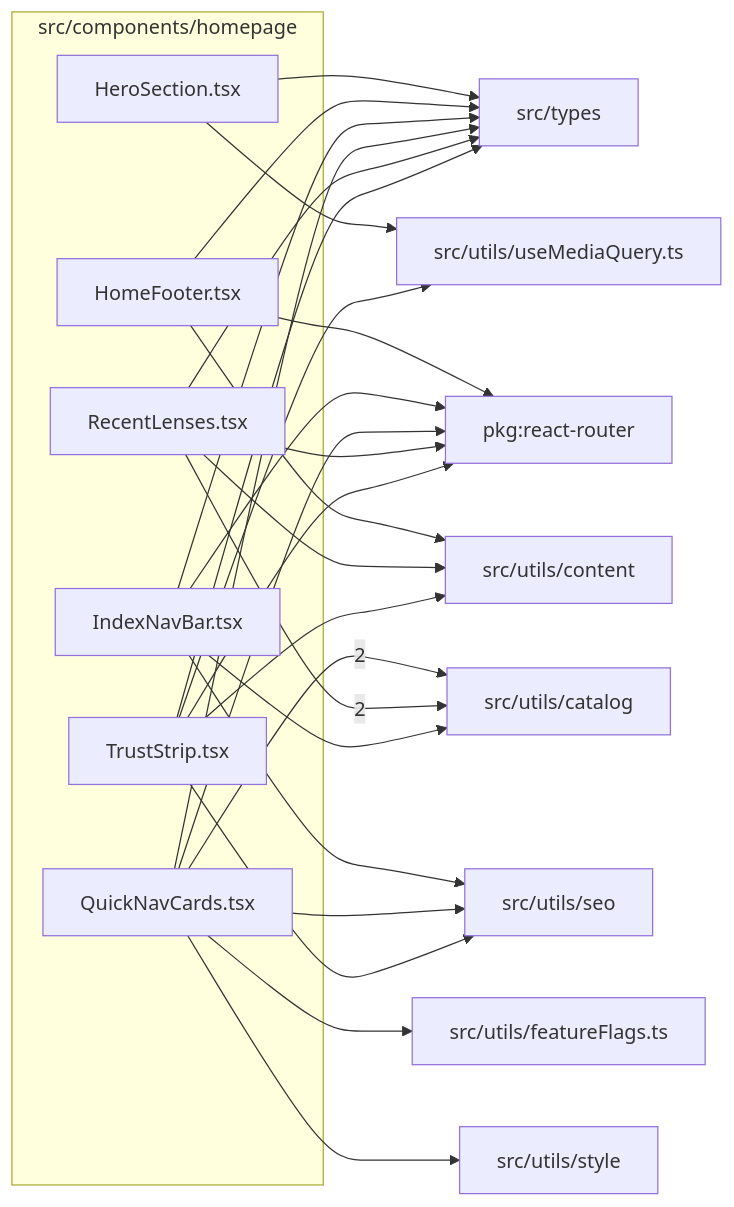
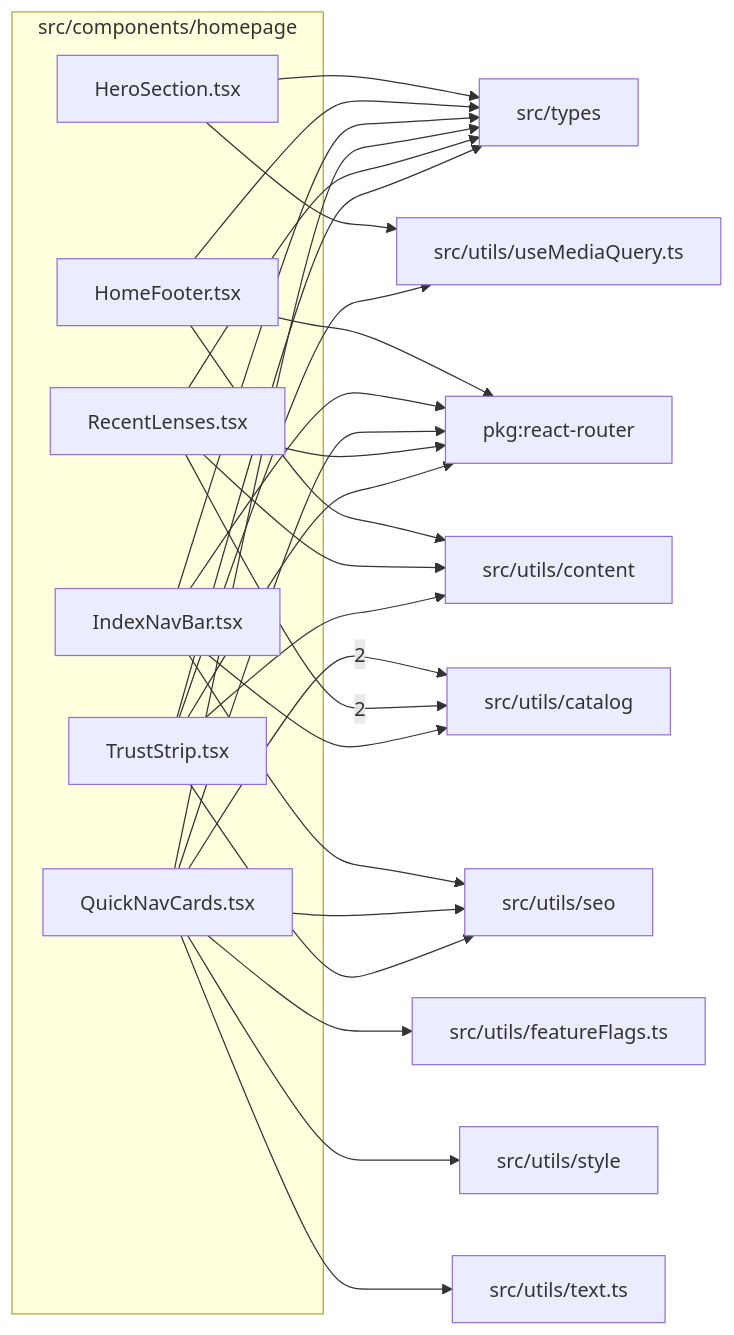
The diagram in src/components/homepage/readme.md (ronbuening/LensVisualizer), drawn with Mermaid before and after one commit. The commit also changed other lines of this file and 134 other files, not shown here.

````diff
--- a/src/components/homepage/readme.md
+++ b/src/components/homepage/readme.md
@@ -9,43 +9,45 @@
 ```mermaid
 flowchart LR
   subgraph n_src_components_homepage["src/components/homepage"]
     n_src_components_homepage_src_components_homepage_HeroSection_tsx["HeroSection.tsx"]
     n_src_components_homepage_src_components_homepage_HomeFooter_tsx["HomeFooter.tsx"]
     n_src_components_homepage_src_components_homepage_IndexNavBar_tsx["IndexNavBar.tsx"]
     n_src_components_homepage_src_components_homepage_QuickNavCards_tsx["QuickNavCards.tsx"]
     n_src_components_homepage_src_components_homepage_RecentLenses_tsx["RecentLenses.tsx"]
     n_src_components_homepage_src_components_homepage_TrustStrip_tsx["TrustStrip.tsx"]
   end
   n_external_src_utils_catalog["src/utils/catalog"]
   n_external_pkg_react_router["pkg:react-router"]
   n_external_src_types["src/types"]
   n_external_src_utils_content["src/utils/content"]
   n_external_src_utils_featureFlags_ts["src/utils/featureFlags.ts"]
   n_external_src_utils_seo["src/utils/seo"]
   n_external_src_utils_style["src/utils/style"]
+  n_external_src_utils_text_ts["src/utils/text.ts"]
   n_external_src_utils_useMediaQuery_ts["src/utils/useMediaQuery.ts"]
   n_src_components_homepage_src_components_homepage_QuickNavCards_tsx --> |2| n_external_src_utils_catalog
   n_src_components_homepage_src_components_homepage_RecentLenses_tsx --> |2| n_external_src_utils_catalog
   n_src_components_homepage_src_components_homepage_HomeFooter_tsx --> n_external_pkg_react_router
   n_src_components_homepage_src_components_homepage_IndexNavBar_tsx --> n_external_pkg_react_router
   n_src_components_homepage_src_components_homepage_QuickNavCards_tsx --> n_external_pkg_react_router
   n_src_components_homepage_src_components_homepage_RecentLenses_tsx --> n_external_pkg_react_router
   n_src_components_homepage_src_components_homepage_TrustStrip_tsx --> n_external_pkg_react_router
   n_src_components_homepage_src_components_homepage_HeroSection_tsx --> n_external_src_types
   n_src_components_homepage_src_components_homepage_HomeFooter_tsx --> n_external_src_types
   n_src_components_homepage_src_components_homepage_IndexNavBar_tsx --> n_external_src_types
   n_src_components_homepage_src_components_homepage_QuickNavCards_tsx --> n_external_src_types
   n_src_components_homepage_src_components_homepage_RecentLenses_tsx --> n_external_src_types
   n_src_components_homepage_src_components_homepage_TrustStrip_tsx --> n_external_src_types
   n_src_components_homepage_src_components_homepage_IndexNavBar_tsx --> n_external_src_utils_catalog
   n_src_components_homepage_src_components_homepage_HomeFooter_tsx --> n_external_src_utils_content
   n_src_components_homepage_src_components_homepage_RecentLenses_tsx --> n_external_src_utils_content
   n_src_components_homepage_src_components_homepage_TrustStrip_tsx --> n_external_src_utils_content
   n_src_components_homepage_src_components_homepage_QuickNavCards_tsx --> n_external_src_utils_featureFlags_ts
   n_src_components_homepage_src_components_homepage_IndexNavBar_tsx --> n_external_src_utils_seo
   n_src_components_homepage_src_components_homepage_QuickNavCards_tsx --> n_external_src_utils_seo
   n_src_components_homepage_src_components_homepage_TrustStrip_tsx --> n_external_src_utils_seo
   n_src_components_homepage_src_components_homepage_QuickNavCards_tsx --> n_external_src_utils_style
+  n_src_components_homepage_src_components_homepage_QuickNavCards_tsx --> n_external_src_utils_text_ts
   n_src_components_homepage_src_components_homepage_HeroSection_tsx --> n_external_src_utils_useMediaQuery_ts
   n_src_components_homepage_src_components_homepage_TrustStrip_tsx --> n_external_src_utils_useMediaQuery_ts
 ```
````
